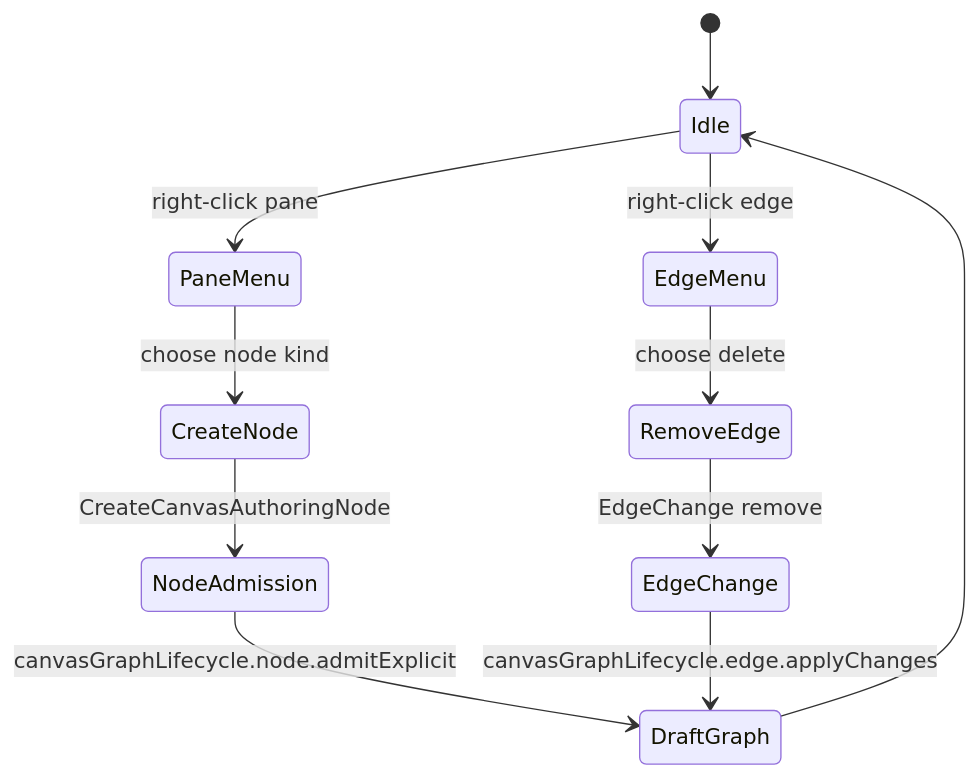
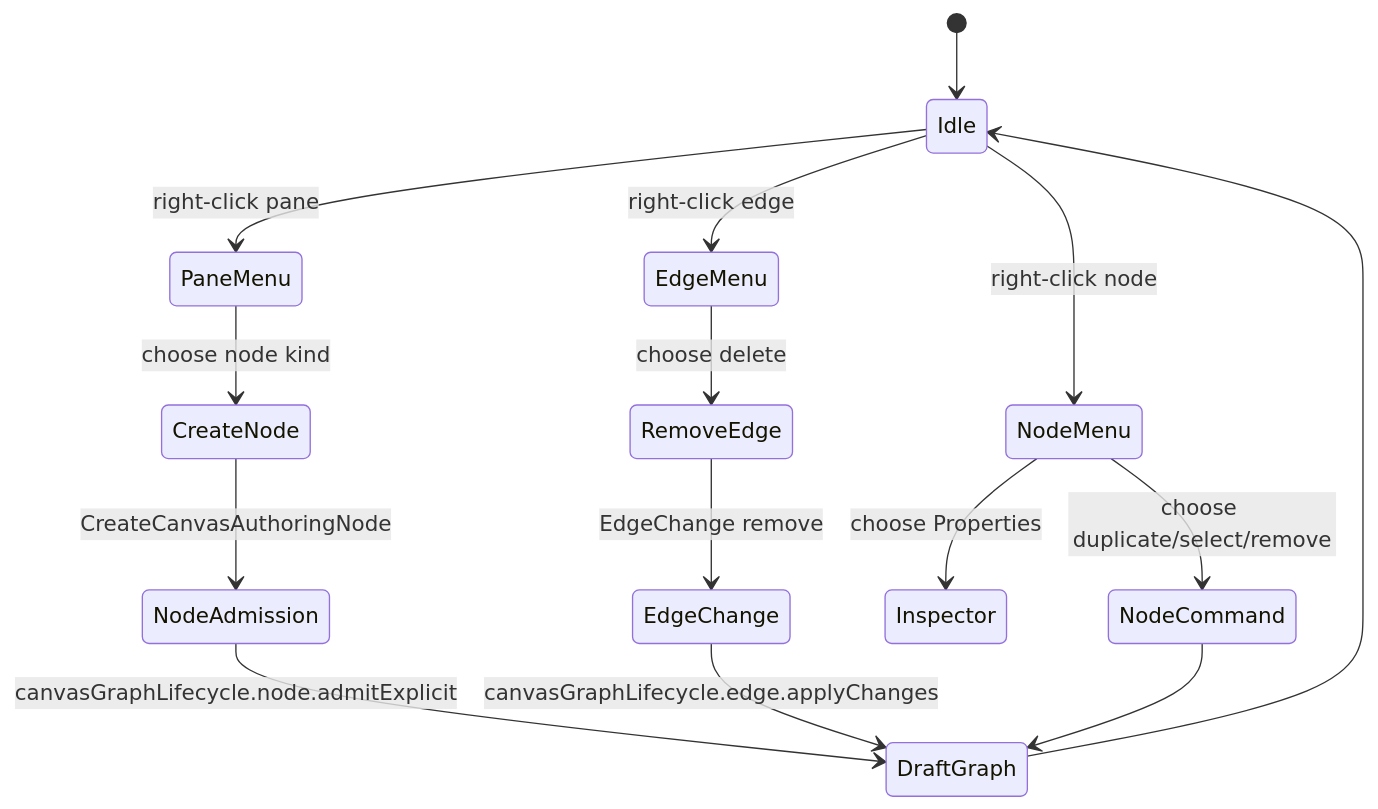
Before and after one commit to dunay2/dvt: the first of 2 diagrams in docs/architecture/components/web/graph/canvas-interaction-command-surface-component.md, drawn with Mermaid. The commit also changed other lines of this file and 12 other files, not shown here.

Commit message:
feat(web): Add canvas node properties panel

````diff
--- a/docs/architecture/components/web/graph/canvas-interaction-command-surface-component.md
+++ b/docs/architecture/components/web/graph/canvas-interaction-command-surface-component.md
@@ -94,13 +109,17 @@
 ```mermaid
 stateDiagram-v2
   [*] --> Idle
   Idle --> PaneMenu: right-click pane
   Idle --> EdgeMenu: right-click edge
+  Idle --> NodeMenu: right-click node
   PaneMenu --> CreateNode: choose node kind
   CreateNode --> NodeAdmission: CreateCanvasAuthoringNode
   NodeAdmission --> DraftGraph: canvasGraphLifecycle.node.admitExplicit
   EdgeMenu --> RemoveEdge: choose delete
   RemoveEdge --> EdgeChange: EdgeChange remove
   EdgeChange --> DraftGraph: canvasGraphLifecycle.edge.applyChanges
+  NodeMenu --> Inspector: choose Properties
+  NodeMenu --> NodeCommand: choose duplicate/select/remove
+  NodeCommand --> DraftGraph
   DraftGraph --> Idle
 ```
````
